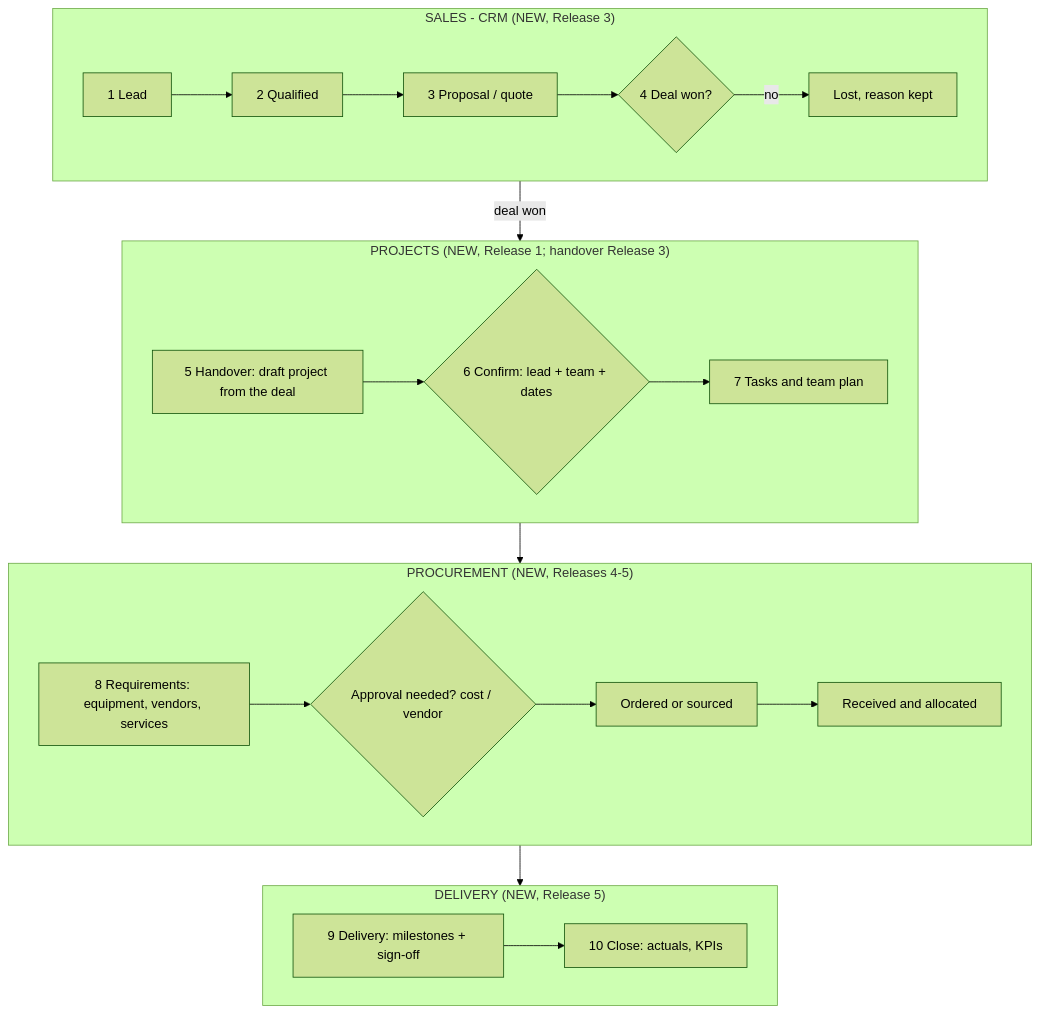
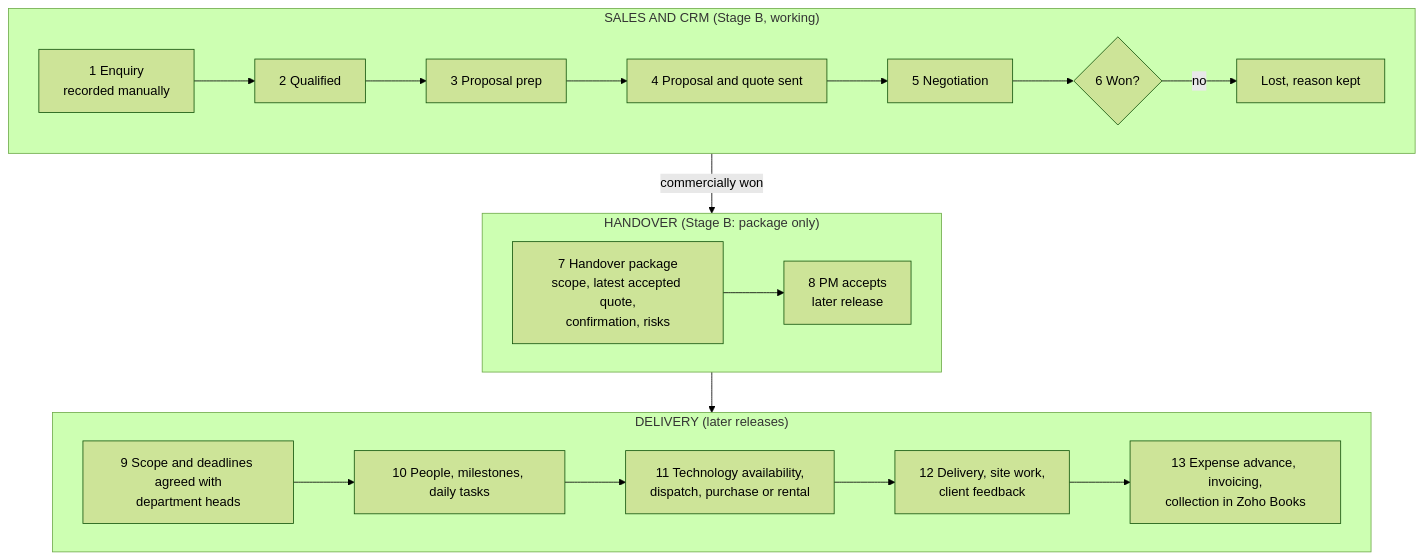
The second of 2 diagrams in docs/14-enginious-os-architecture-and-roadmap.md (juzargulamali/HR-Engine), drawn with Mermaid (forest theme) before and after one commit. The commit also changed other lines of this file, not shown here.

First line of the commit message:
docs: roadmap v2 - Sales & CRM first, design-preview stage, final Sales permissions

````diff
--- a/docs/14-enginious-os-architecture-and-roadmap.md
+++ b/docs/14-enginious-os-architecture-and-roadmap.md
@@ -200,23 +229,18 @@
 ```mermaid
 flowchart TB
-  subgraph S["SALES - CRM (NEW, Release 3)"]
+  subgraph S["SALES AND CRM (Stage B, working)"]
     direction LR
-    L["1 Lead"] --> Q["2 Qualified"] --> P["3 Proposal / quote"] --> W{"4 Deal won?"}
+    E["1 Enquiry<br/>recorded manually"] --> Q["2 Qualified"] --> PP["3 Proposal prep"] --> PS["4 Proposal and quote sent"] --> N["5 Negotiation"] --> W{"6 Won?"}
     W -- no --> X["Lost, reason kept"]
   end
-  subgraph PR["PROJECTS (NEW, Release 1; handover Release 3)"]
+  subgraph H["HANDOVER (Stage B: package only)"]
     direction LR
-    H["5 Handover: draft project from the deal"] --> C{"6 Confirm: lead + team + dates"} --> T["7 Tasks and team plan"]
+    HP["7 Handover package<br/>scope, latest accepted quote,<br/>confirmation, risks"] --> PMA["8 PM accepts<br/>later release"]
   end
-  subgraph PC["PROCUREMENT (NEW, Releases 4-5)"]
+  subgraph D["DELIVERY (later releases)"]
     direction LR
-    R["8 Requirements: equipment, vendors, services"] --> A{"Approval needed? cost / vendor"} --> O["Ordered or sourced"] --> V["Received and allocated"]
+    TK["9 Scope and deadlines agreed with<br/>department heads"] --> AL["10 People, milestones, daily tasks"] --> EQ["11 Technology availability,<br/>dispatch, purchase or rental"] --> DL["12 Delivery, site work,<br/>client feedback"] --> FI["13 Expense advance, invoicing,<br/>collection in Zoho Books"]
   end
-  subgraph DL["DELIVERY (NEW, Release 5)"]
-    direction LR
-    D["9 Delivery: milestones + sign-off"] --> Z["10 Close: actuals, KPIs"]
-  end
-  S -- "deal won" --> PR
-  PR --> PC
-  PC --> DL
+  S -- "commercially won" --> H
+  H --> D
 ```
````
